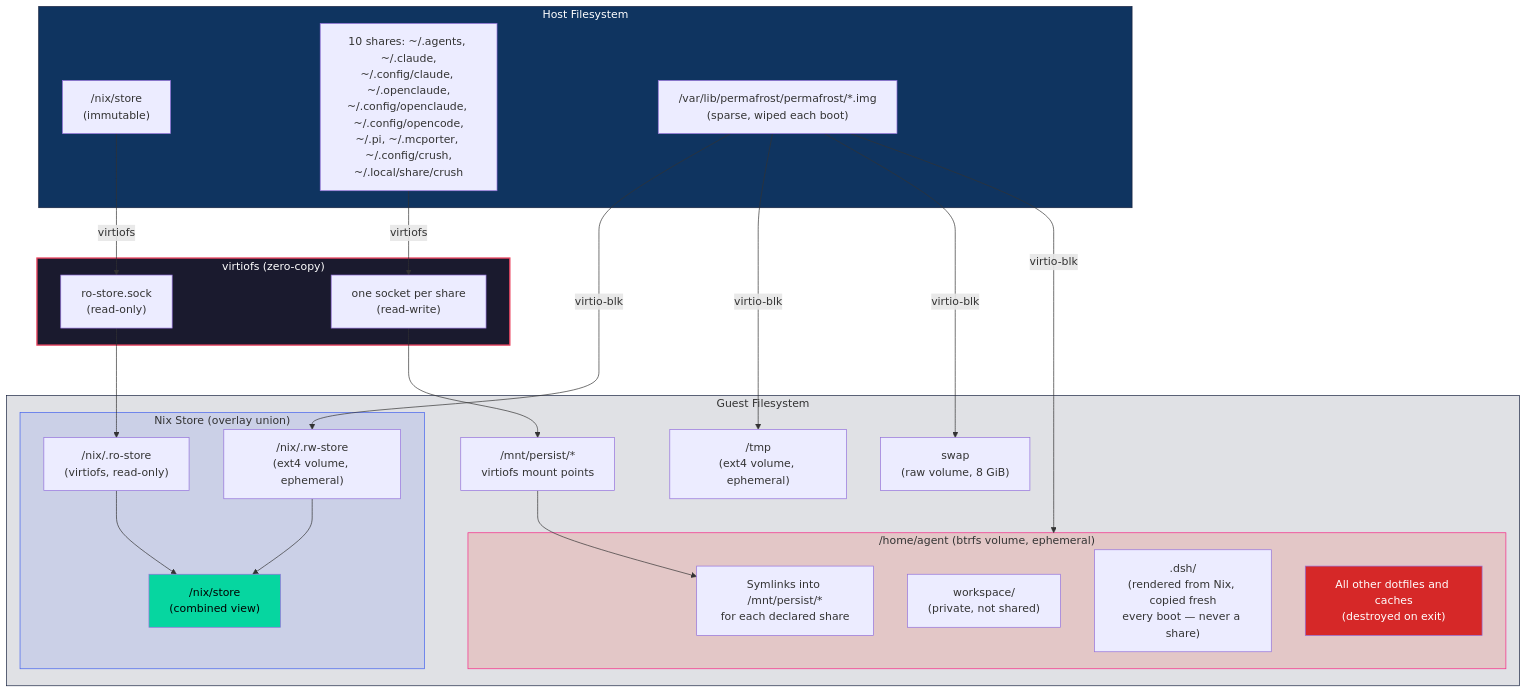
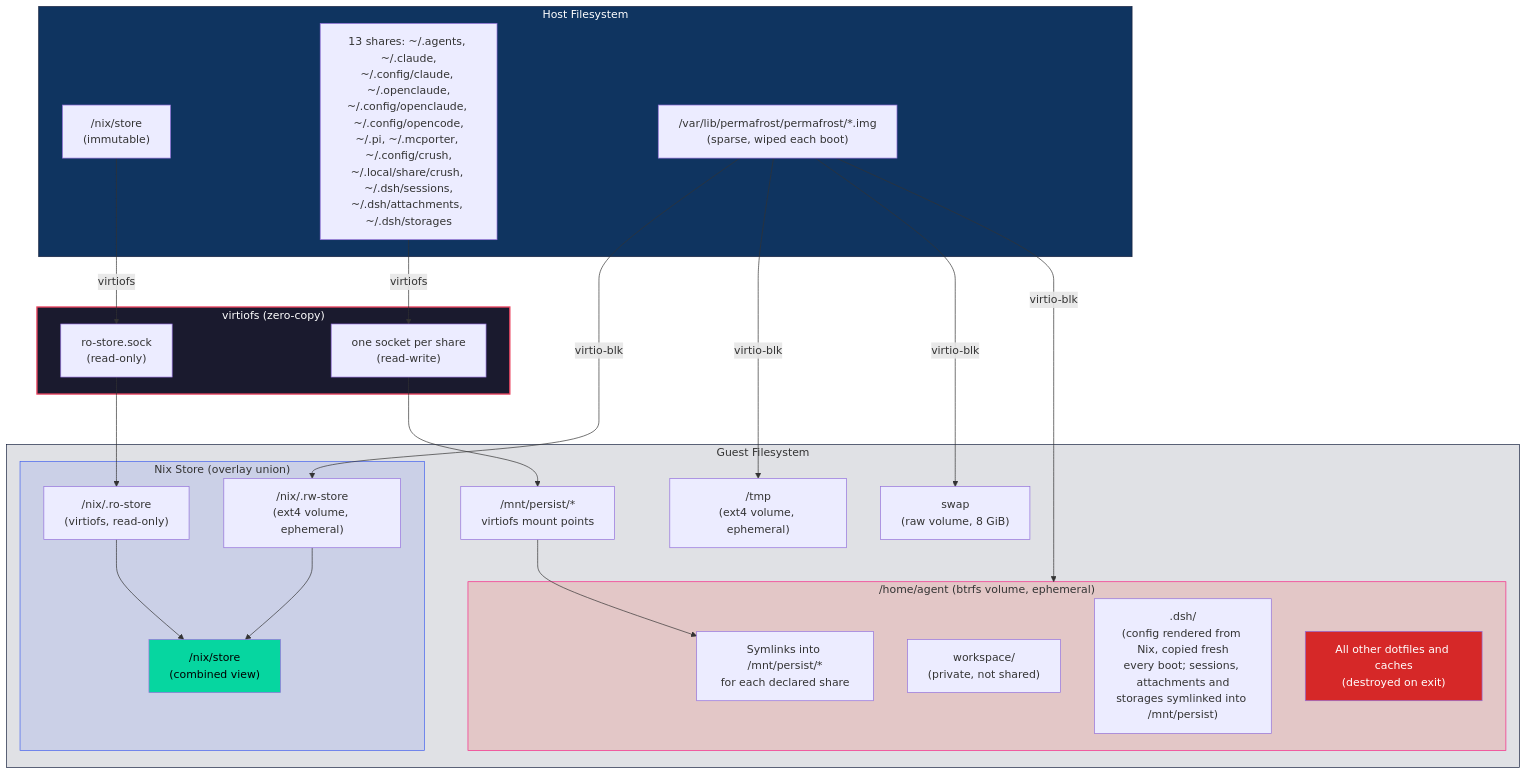
One commit to tenarches/nix-permafrost changed the fifth of 6 diagrams in README.md. Above: the diagram before and after it, drawn with Mermaid. The commit also changed other lines of this file and 4 other files, not shown here.

````diff
--- a/README.md
+++ b/README.md
@@ -261,50 +267,50 @@
 ```mermaid
 graph TD
     subgraph HOST_FS["Host Filesystem"]
         H_STORE["/nix/store<br/>(immutable)"]
-        H_SHARES["10 shares: ~/.agents, ~/.claude,<br/>~/.config/claude, ~/.openclaude,<br/>~/.config/openclaude, ~/.config/opencode,<br/>~/.pi, ~/.mcporter, ~/.config/crush,<br/>~/.local/share/crush"]
+        H_SHARES["13 shares: ~/.agents, ~/.claude,<br/>~/.config/claude, ~/.openclaude,<br/>~/.config/openclaude, ~/.config/opencode,<br/>~/.pi, ~/.mcporter, ~/.config/crush,<br/>~/.local/share/crush, ~/.dsh/sessions,<br/>~/.dsh/attachments, ~/.dsh/storages"]
         H_IMG["/var/lib/permafrost/permafrost/*.img<br/>(sparse, wiped each boot)"]
     end
 
     subgraph VIRTIOFS["virtiofs (zero-copy)"]
         VF1["ro-store.sock<br/>(read-only)"]
         VF2["one socket per share<br/>(read-write)"]
     end
 
     subgraph GUEST_FS["Guest Filesystem"]
         subgraph NIX_UNION["Nix Store (overlay union)"]
             RO["/nix/.ro-store<br/>(virtiofs, read-only)"]
             RW["/nix/.rw-store<br/>(ext4 volume, ephemeral)"]
             UNION["/nix/store<br/>(combined view)"]
         end
 
         subgraph HOME["/home/agent (btrfs volume, ephemeral)"]
             SYMS["Symlinks into /mnt/persist/*<br/>for each declared share"]
             WS["workspace/<br/>(private, not shared)"]
-            DSH[".dsh/<br/>(rendered from Nix, copied fresh<br/>every boot — never a share)"]
+            DSH[".dsh/<br/>(config rendered from Nix, copied fresh<br/>every boot; sessions, attachments and<br/>storages symlinked into /mnt/persist)"]
             EPHEM["All other dotfiles and caches<br/>(destroyed on exit)"]
         end
 
         TMPV["/tmp<br/>(ext4 volume, ephemeral)"]
         SWAP["swap<br/>(raw volume, 8 GiB)"]
         PERSIST["/mnt/persist/*<br/>virtiofs mount points"]
     end
 
     H_STORE -->|virtiofs| VF1 --> RO
     H_SHARES -->|virtiofs| VF2 --> PERSIST
     H_IMG -->|virtio-blk| RW
     H_IMG -->|virtio-blk| HOME
     H_IMG -->|virtio-blk| TMPV
     H_IMG -->|virtio-blk| SWAP
     RO --> UNION
     RW --> UNION
     PERSIST --> SYMS
 
     style HOST_FS fill:#0f3460,stroke:#16213e,color:#fff
     style VIRTIOFS fill:#1a1a2e,stroke:#e94560,color:#fff,stroke-width:2px
     style GUEST_FS fill:#16213e22,stroke:#16213e
     style NIX_UNION fill:#4361ee22,stroke:#4361ee
     style HOME fill:#f7200522,stroke:#f72585
     style EPHEM fill:#d62828,color:#fff
     style UNION fill:#06d6a0,color:#000
 ```
````
